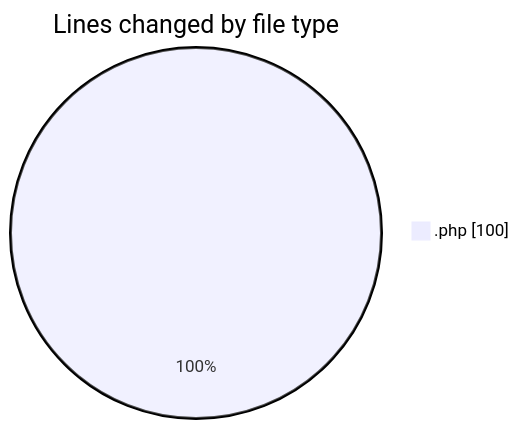
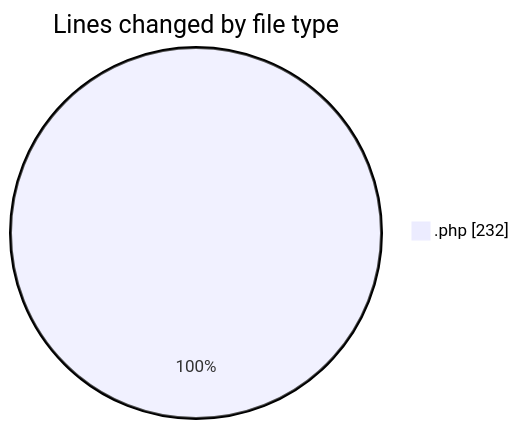
One commit to LanceThiago/code-tracking changed the first of 2 diagrams in 2025-04-22/web/README.md. Above: the diagram before and after it, drawn with Mermaid. The commit also changed other lines of this file and 1 other file, not shown here.

````diff
--- a/2025-04-22/web/README.md
+++ b/2025-04-22/web/README.md
@@ -21,5 +22,5 @@
 ```mermaid
 pie showData
 title Lines changed by file type
-".php" : 100
+".php" : 232
 ```
````
